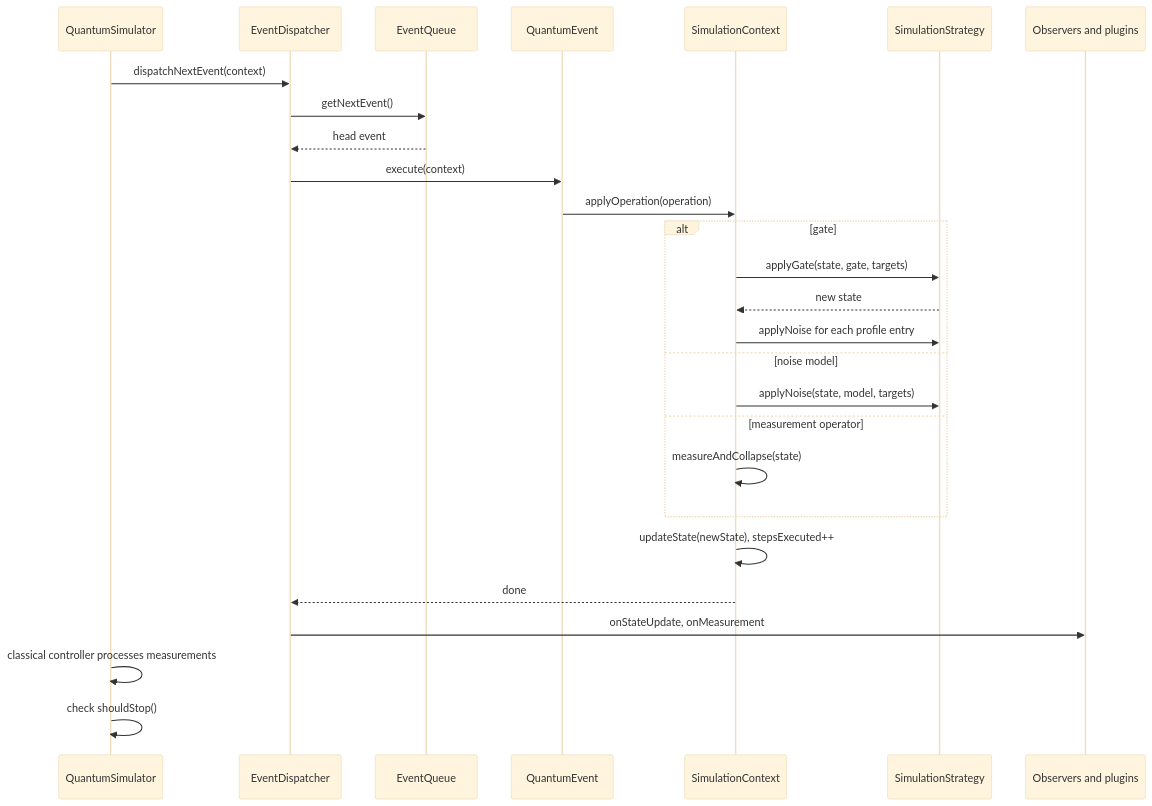
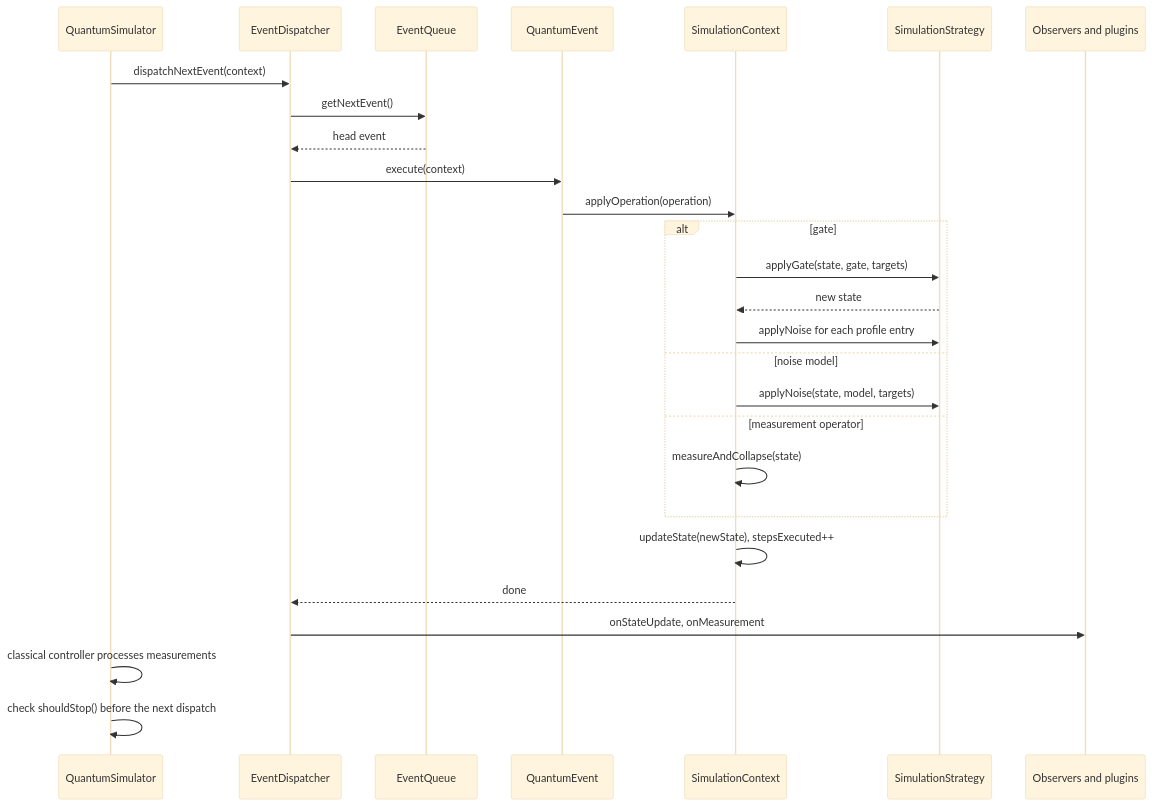
One commit to CharafeddineMechalikh/QForge changed the fourth of 6 diagrams in docs/02-architecture.md. Above: the diagram before and after it, drawn with Mermaid (base theme). The commit also changed other lines of this file and 22 other files, not shown here.

````diff
--- a/docs/02-architecture.md
+++ b/docs/02-architecture.md
@@ -141,30 +141,30 @@
 ```mermaid
 sequenceDiagram
     participant SIM as QuantumSimulator
     participant DIS as EventDispatcher
     participant QUE as EventQueue
     participant EVT as QuantumEvent
     participant CTX as SimulationContext
     participant STR as SimulationStrategy
     participant OBS as Observers and plugins
 
     SIM->>DIS: dispatchNextEvent(context)
     DIS->>QUE: getNextEvent()
     QUE-->>DIS: head event
     DIS->>EVT: execute(context)
     EVT->>CTX: applyOperation(operation)
     alt gate
         CTX->>STR: applyGate(state, gate, targets)
         STR-->>CTX: new state
         CTX->>STR: applyNoise for each profile entry
     else noise model
         CTX->>STR: applyNoise(state, model, targets)
     else measurement operator
         CTX->>CTX: measureAndCollapse(state)
     end
     CTX->>CTX: updateState(newState), stepsExecuted++
     CTX-->>DIS: done
     DIS->>OBS: onStateUpdate, onMeasurement
     SIM->>SIM: classical controller processes measurements
-    SIM->>SIM: check shouldStop()
+    SIM->>SIM: check shouldStop() before the next dispatch
 ```
````
